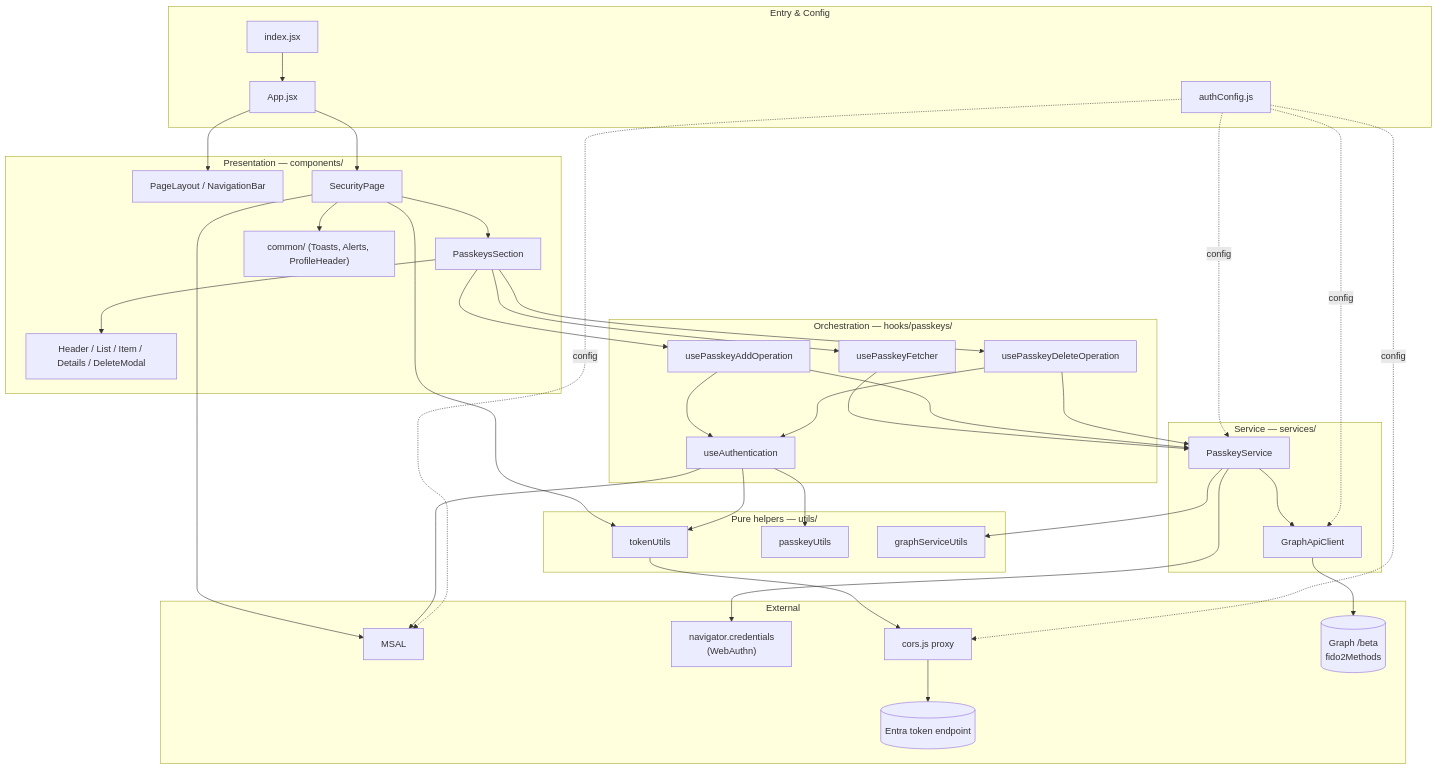
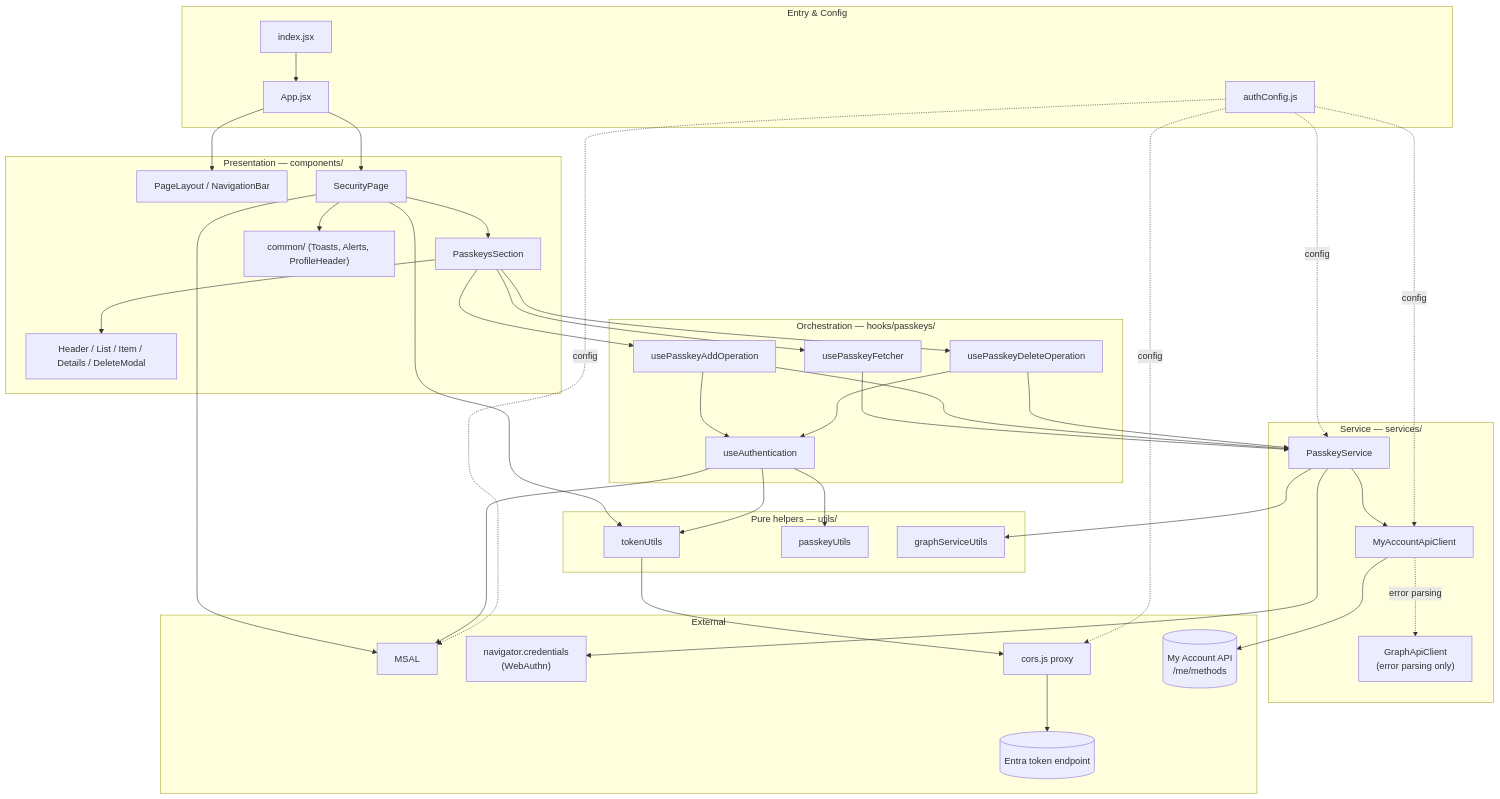
One commit to Azure-Samples/ms-identity-ciam-native-javascript-samples changed the diagram in passkey-sample/docs/ARCHITECTURE.md. Above: the diagram before and after it, drawn with Mermaid. The commit also changed other lines of this file and 4 other files, not shown here.

````diff
--- a/passkey-sample/docs/ARCHITECTURE.md
+++ b/passkey-sample/docs/ARCHITECTURE.md
@@ -95,60 +95,62 @@
 ```mermaid
 flowchart TD
     subgraph Entry["Entry & Config"]
         idx["index.jsx"]
         app["App.jsx"]
         cfg["authConfig.js"]
     end
 
     subgraph UI["Presentation — components/"]
         layout["PageLayout / NavigationBar"]
         sec["SecurityPage"]
         psec["PasskeysSection"]
         subc["Header / List / Item / Details / DeleteModal"]
         common["common/ (Toasts, Alerts, ProfileHeader)"]
     end
 
     subgraph Hooks["Orchestration — hooks/passkeys/"]
         useAuth["useAuthentication"]
         useFetch["usePasskeyFetcher"]
         useAdd["usePasskeyAddOperation"]
         useDel["usePasskeyDeleteOperation"]
     end
 
     subgraph Services["Service — services/"]
         psvc["PasskeyService"]
-        gclient["GraphApiClient"]
+        maclient["MyAccountApiClient"]
+        gclient["GraphApiClient<br/>(error parsing only)"]
     end
 
     subgraph Utils["Pure helpers — utils/"]
         tok["tokenUtils"]
         pk["passkeyUtils"]
         gsu["graphServiceUtils"]
     end
 
     subgraph External["External"]
         msal["MSAL"]
         webauthn["navigator.credentials<br/>(WebAuthn)"]
         proxy["cors.js proxy"]
-        graphapi[("Graph /beta<br/>fido2Methods")]
+        myacct[("My Account API<br/>/me/methods")]
         entra[("Entra token endpoint")]
     end
 
     idx --> app --> sec
     app --> layout
     sec --> psec --> subc
     sec --> common
     sec --> tok
     psec --> useFetch & useAdd & useDel
     useAdd & useDel --> useAuth
     useFetch & useAdd & useDel --> psvc
     useAuth --> tok & pk
-    psvc --> gclient
+    psvc --> maclient
     psvc --> gsu
-    gclient --> graphapi
+    maclient --> myacct
+    maclient -.error parsing.-> gclient
     psvc --> webauthn
     sec --> msal
     useAuth --> msal
     tok --> proxy --> entra
-    cfg -.config.-> msal & psvc & gclient & proxy
+    cfg -.config.-> msal & psvc & maclient & proxy
 ```
````
